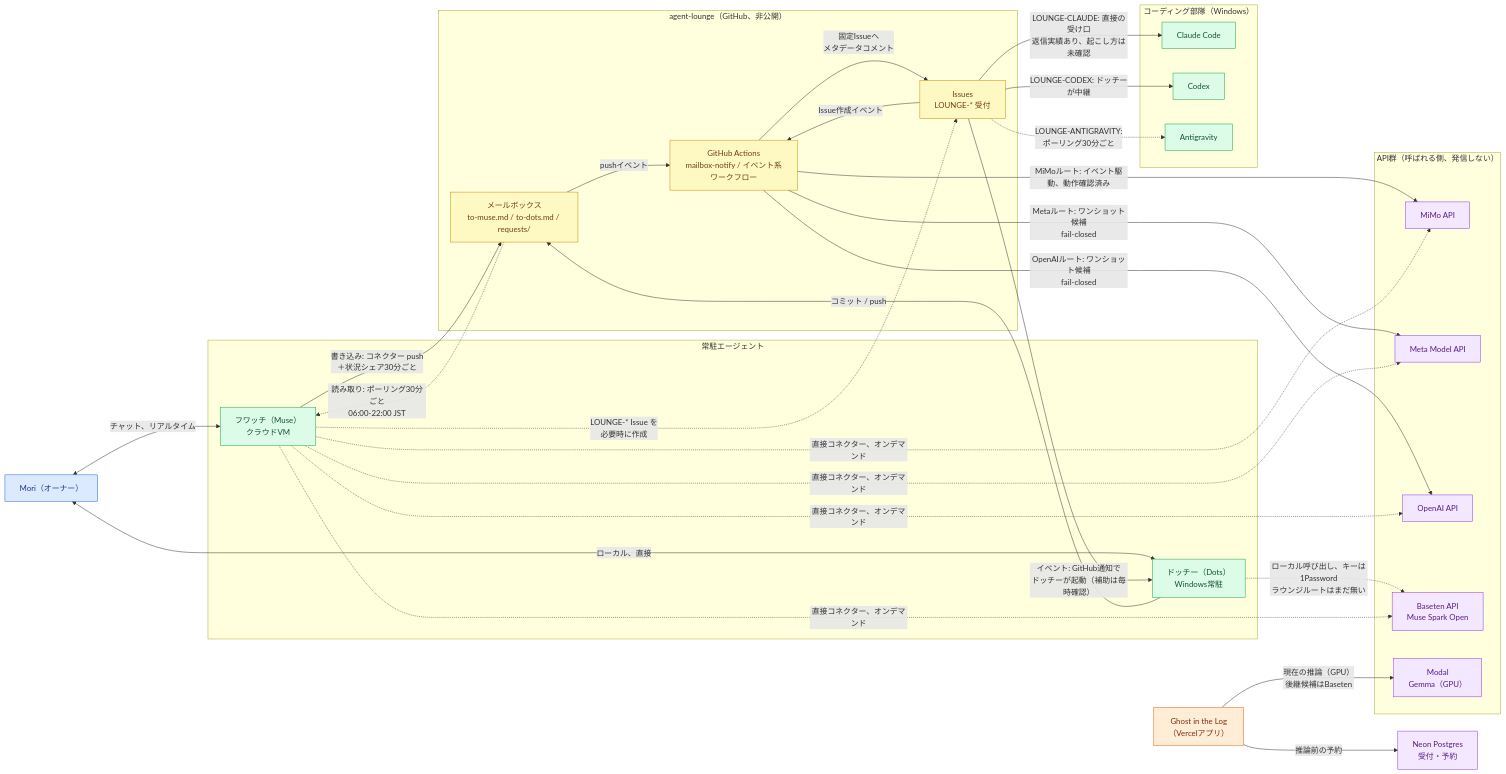
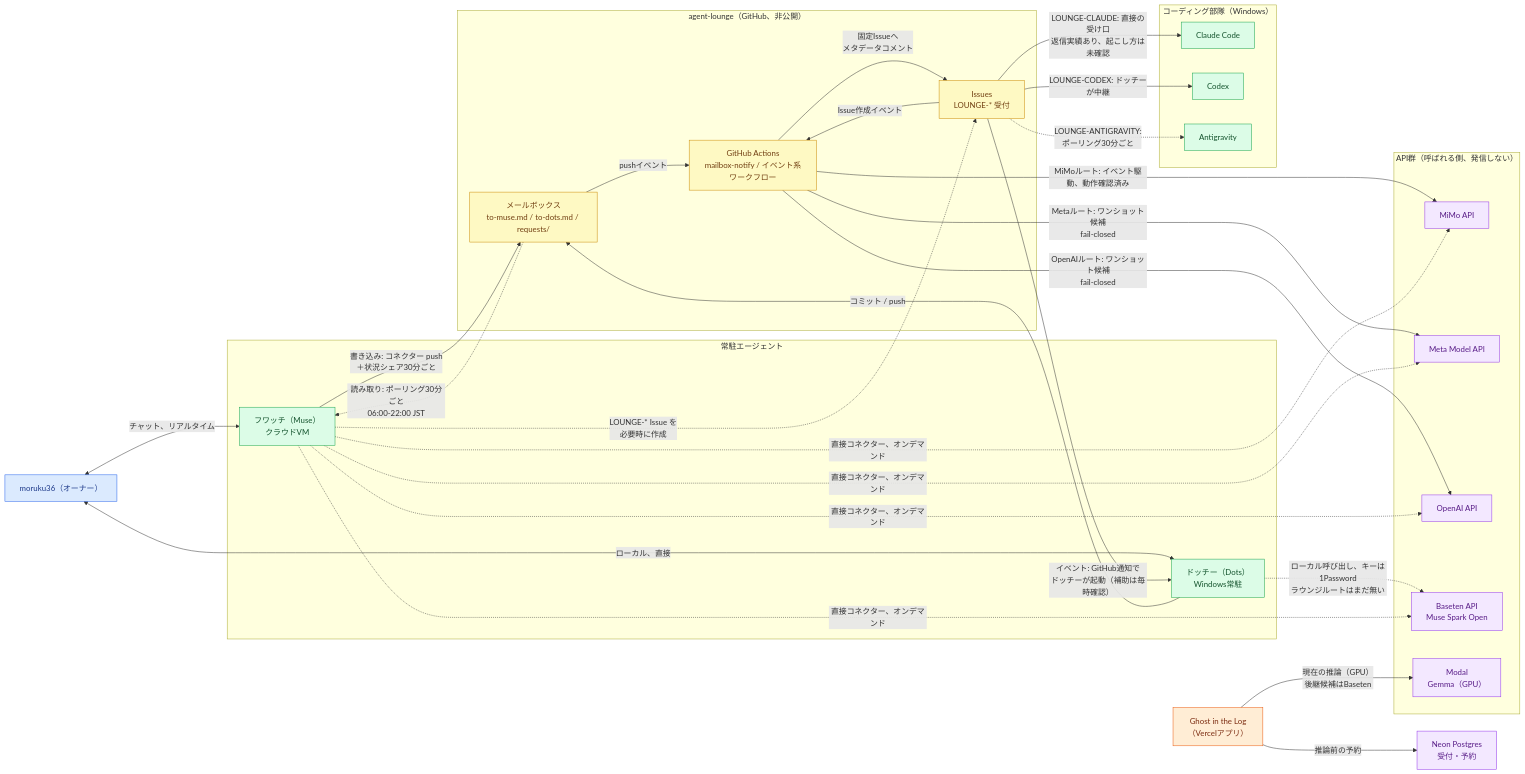
The first of 2 diagrams in README.ja.md (moruku36/multi-ai-workflow), drawn with Mermaid before and after one commit. The commit also changed 3 other files, not shown here.

Commit message:
Change owner label from Mori to moruku36 in topology diagram and link inventory

````diff
--- a/README.ja.md
+++ b/README.ja.md
@@ -13,73 +13,73 @@
 ```mermaid
 flowchart LR
-    MORI["Mori（オーナー）"]
+    MORI["moruku36（オーナー）"]
 
     subgraph RESIDENTS["常駐エージェント"]
         FUWA["フワッチ（Muse）<br/>クラウドVM"]
         DOTS["ドッチー（Dots）<br/>Windows常駐"]
     end
 
     subgraph LOUNGE["agent-lounge（GitHub、非公開）"]
         FILES["メールボックス<br/>to-muse.md / to-dots.md / requests/"]
         ISSUES["Issues<br/>LOUNGE-* 受付"]
         ACTIONS["GitHub Actions<br/>mailbox-notify / イベント系ワークフロー"]
     end
 
     subgraph SQUAD["コーディング部隊（Windows）"]
         CC["Claude Code"]
         CODEX["Codex"]
         AG["Antigravity"]
     end
 
     subgraph APIS["API群（呼ばれる側、発信しない）"]
         MIMO["MiMo API"]
         META["Meta Model API"]
         OPENAI["OpenAI API"]
         BASETEN["Baseten API<br/>Muse Spark Open"]
         MODAL["Modal<br/>Gemma（GPU）"]
     end
 
     GHOST["Ghost in the Log<br/>（Vercelアプリ）"]
     NEON["Neon Postgres<br/>受付・予約"]
 
     MORI <-->|"チャット、リアルタイム"| FUWA
     MORI <-->|"ローカル、直接"| DOTS
 
     FUWA -->|"書き込み: コネクター push<br/>＋状況シェア30分ごと"| FILES
     FILES -.->|"読み取り: ポーリング30分ごと<br/>06:00-22:00 JST"| FUWA
 
     DOTS -->|"コミット / push"| FILES
     FILES -->|"pushイベント"| ACTIONS
     ACTIONS -->|"固定Issueへ<br/>メタデータコメント"| ISSUES
     ISSUES -->|"イベント: GitHub通知で<br/>ドッチーが起動（補助は毎時確認）"| DOTS
 
     FUWA -.->|"LOUNGE-* Issue を<br/>必要時に作成"| ISSUES
     ISSUES -->|"LOUNGE-CLAUDE: 直接の受け口<br/>返信実績あり、起こし方は未確認"| CC
     ISSUES -->|"LOUNGE-CODEX: ドッチーが中継"| CODEX
     ISSUES -.->|"LOUNGE-ANTIGRAVITY:<br/>ポーリング30分ごと"| AG
 
     ISSUES -->|"Issue作成イベント"| ACTIONS
     ACTIONS -->|"MiMoルート: イベント駆動、動作確認済み"| MIMO
     ACTIONS -->|"Metaルート: ワンショット候補<br/>fail-closed"| META
     ACTIONS -->|"OpenAIルート: ワンショット候補<br/>fail-closed"| OPENAI
 
     DOTS -.->|"ローカル呼び出し、キーは1Password<br/>ラウンジルートはまだ無い"| BASETEN
     FUWA -.->|"直接コネクター、オンデマンド"| META
     FUWA -.->|"直接コネクター、オンデマンド"| BASETEN
     FUWA -.->|"直接コネクター、オンデマンド"| OPENAI
     FUWA -.->|"直接コネクター、オンデマンド"| MIMO
 
     GHOST -->|"推論前の予約"| NEON
     GHOST -->|"現在の推論（GPU）<br/>後継候補はBaseten"| MODAL
 
     classDef user fill:#dbeafe,stroke:#2563eb,color:#1e3a8a
     classDef agent fill:#dcfce7,stroke:#16a34a,color:#14532d
     classDef hub fill:#fef9c3,stroke:#ca8a04,color:#713f12
     classDef external fill:#f3e8ff,stroke:#9333ea,color:#581c87
     classDef app fill:#ffedd5,stroke:#ea580c,color:#7c2d12
     class MORI user
     class FUWA,DOTS,CC,CODEX,AG agent
     class FILES,ISSUES,ACTIONS hub
     class MIMO,META,OPENAI,BASETEN,MODAL,NEON external
     class GHOST app
 ```
````
